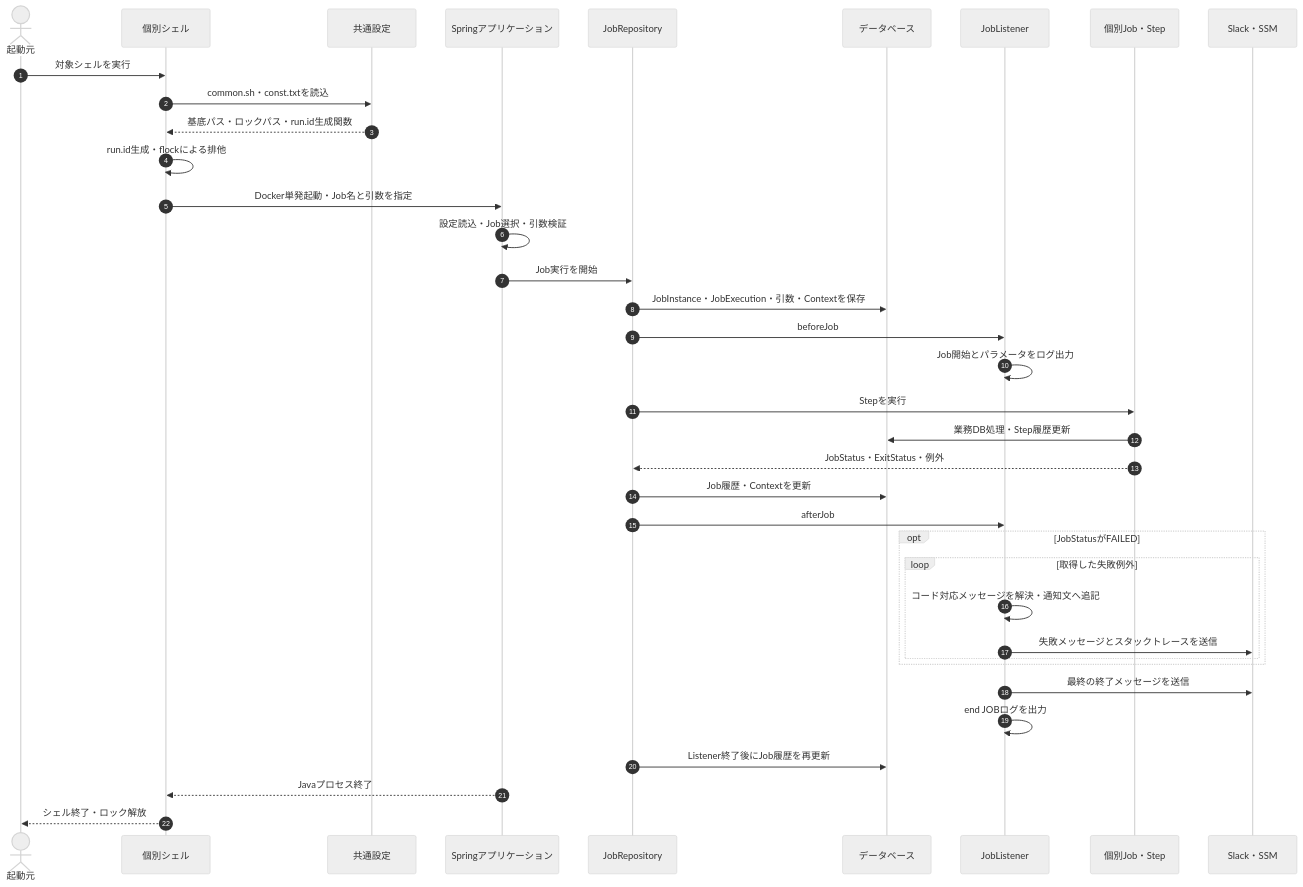
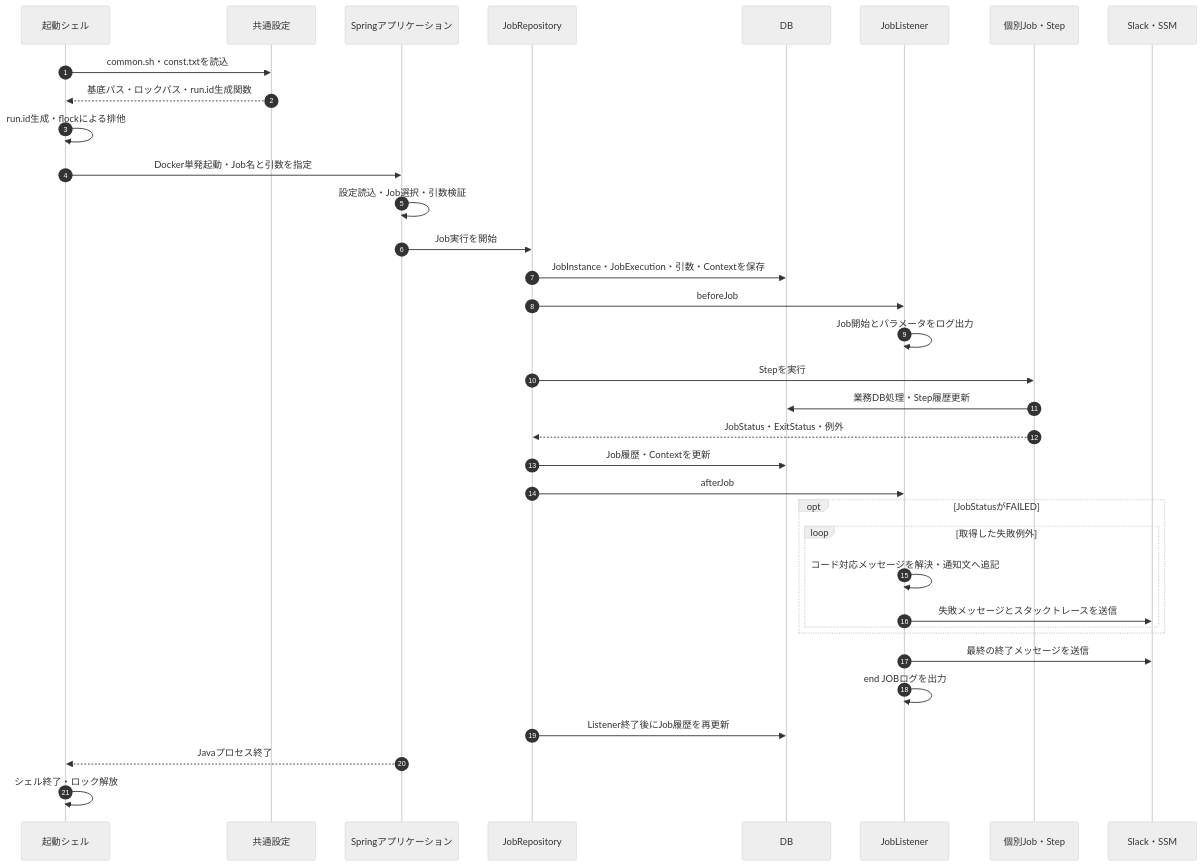
One commit to kohei-okazaki/work-3g changed the second of 2 diagrams in ha-docs/design/03_batch/設計書_3.11.バッチ共通処理.md. Above: the diagram before and after it, drawn with Mermaid (neutral theme). The commit also changed other lines of this file and 12 other files, not shown here.

````diff
--- a/ha-docs/design/03_batch/設計書_3.11.バッチ共通処理.md
+++ b/ha-docs/design/03_batch/設計書_3.11.バッチ共通処理.md
@@ -123,39 +45,37 @@
 ```mermaid
 sequenceDiagram
     autonumber
-    actor O as 起動元
-    participant S as 個別シェル
+    participant S as 起動シェル
     participant C as 共通設定
     participant A as Springアプリケーション
     participant R as JobRepository
-    participant D as データベース
+    participant D as DB
     participant L as JobListener
     participant J as 個別Job・Step
     participant N as Slack・SSM
-    O->>S: 対象シェルを実行
     S->>C: common.sh・const.txtを読込
     C-->>S: 基底パス・ロックパス・run.id生成関数
     S->>S: run.id生成・flockによる排他
     S->>A: Docker単発起動・Job名と引数を指定
     A->>A: 設定読込・Job選択・引数検証
     A->>R: Job実行を開始
     R->>D: JobInstance・JobExecution・引数・Contextを保存
     R->>L: beforeJob
     L->>L: Job開始とパラメータをログ出力
     R->>J: Stepを実行
     J->>D: 業務DB処理・Step履歴更新
     J-->>R: JobStatus・ExitStatus・例外
     R->>D: Job履歴・Contextを更新
     R->>L: afterJob
     opt JobStatusがFAILED
         loop 取得した失敗例外
             L->>L: コード対応メッセージを解決・通知文へ追記
             L->>N: 失敗メッセージとスタックトレースを送信
         end
     end
     L->>N: 最終の終了メッセージを送信
     L->>L: end JOBログを出力
     R->>D: Listener終了後にJob履歴を再更新
     A-->>S: Javaプロセス終了
-    S-->>O: シェル終了・ロック解放
+    S->>S: シェル終了・ロック解放
 ```
````
